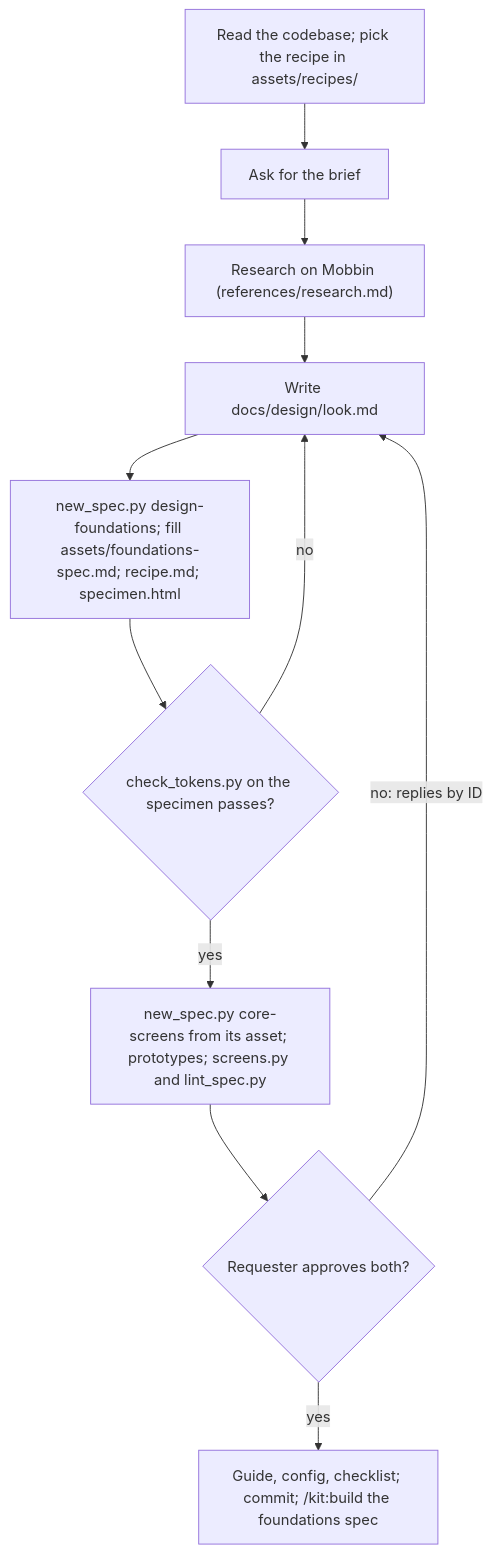
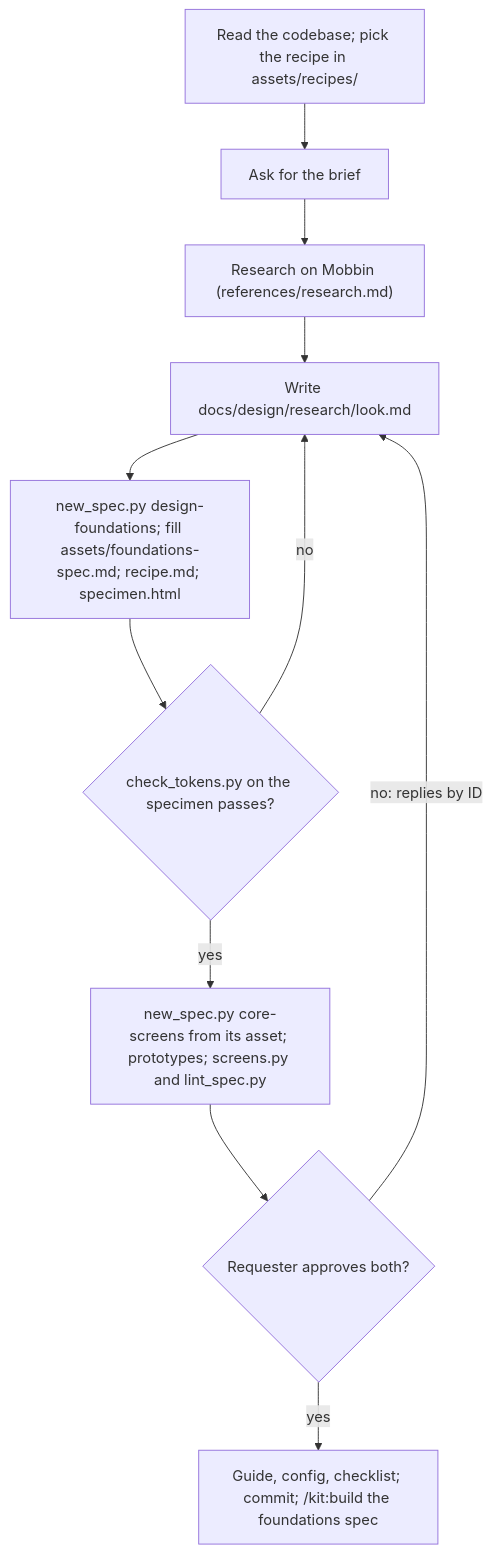
The diagram in skills/define-design-system/SKILL.md (nateshernandez/skills), drawn with Mermaid before and after one commit. The commit also changed other lines of this file and 18 other files, not shown here.

````diff
--- a/skills/define-design-system/SKILL.md
+++ b/skills/define-design-system/SKILL.md
@@ -28,13 +28,13 @@
 ```mermaid
 flowchart TD
   A["Read the codebase; pick the recipe in assets/recipes/"] --> B["Ask for the brief"]
   B --> C["Research on Mobbin (references/research.md)"]
-  C --> D["Write docs/design/look.md"]
+  C --> D["Write docs/design/research/look.md"]
   D --> E["new_spec.py design-foundations; fill assets/foundations-spec.md; recipe.md; specimen.html"]
   E --> F{"check_tokens.py on the specimen passes?"}
   F -- no --> D
   F -- yes --> G["new_spec.py core-screens from its asset; prototypes; screens.py and lint_spec.py"]
   G --> H{"Requester approves both?"}
   H -- "no: replies by ID" --> D
   H -- yes --> I["Guide, config, checklist; commit; /kit:build the foundations spec"]
 ```
````
